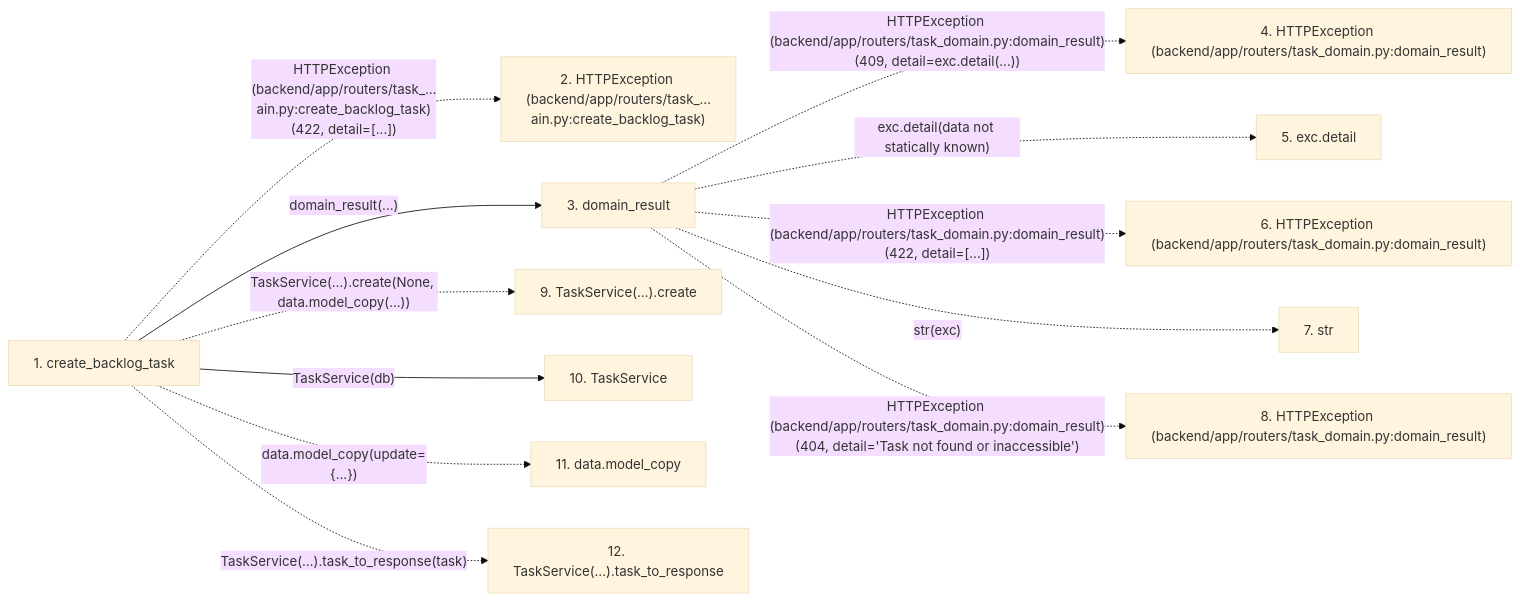
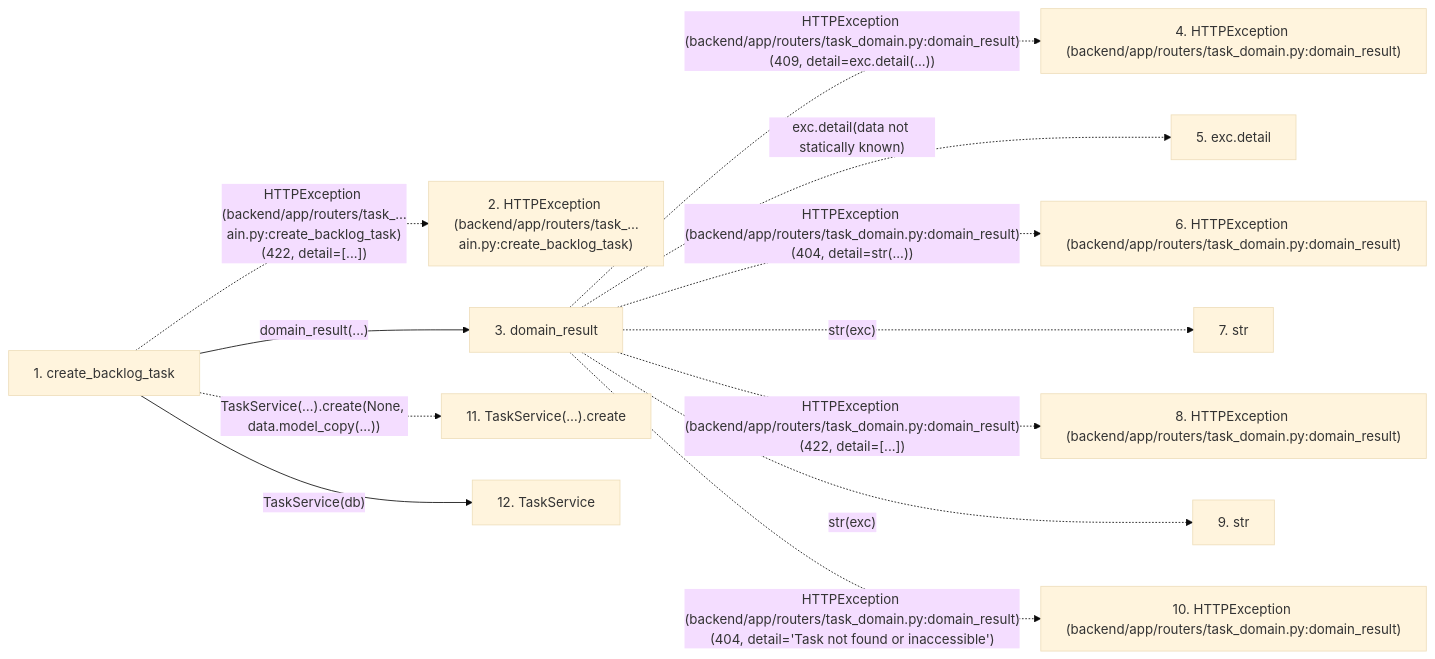
The second of 2 diagrams in docs/llm_wiki/flows/http-create_backlog_task.md (Denissvgn/WorkChord), drawn with Mermaid (base theme) before and after one commit. The commit also changed other lines of this file and 6624 other files, not shown here.

````diff
--- a/docs/llm_wiki/flows/http-create_backlog_task.md
+++ b/docs/llm_wiki/flows/http-create_backlog_task.md
@@ -39,29 +41,29 @@
 ```mermaid
 flowchart LR
     s1["1. create_backlog_task"]
     s2["2. HTTPException (backend/app/routers/task_…ain.py:create_backlog_task)"]
     s3["3. domain_result"]
     s4["4. HTTPException (backend/app/routers/task_domain.py:domain_result)"]
     s5["5. exc.detail"]
     s6["6. HTTPException (backend/app/routers/task_domain.py:domain_result)"]
     s7["7. str"]
     s8["8. HTTPException (backend/app/routers/task_domain.py:domain_result)"]
-    s9["9. TaskService(…).create"]
-    s10["10. TaskService"]
-    s11["11. data.model_copy"]
-    s12["12. TaskService(…).task_to_response"]
+    s9["9. str"]
+    s10["10. HTTPException (backend/app/routers/task_domain.py:domain_result)"]
+    s11["11. TaskService(…).create"]
+    s12["12. TaskService"]
     s1 -. "HTTPException (backend/app/routers/task_…ain.py:create_backlog_task)(422, detail=[...])" .-> s2
     s1 -->|"domain_result(...)"| s3
     s3 -. "HTTPException (backend/app/routers/task_domain.py:domain_result)(409, detail=exc.detail(...))" .-> s4
     s3 -. "exc.detail(data not statically known)" .-> s5
-    s3 -. "HTTPException (backend/app/routers/task_domain.py:domain_result)(422, detail=[...])" .-> s6
+    s3 -. "HTTPException (backend/app/routers/task_domain.py:domain_result)(404, detail=str(...))" .-> s6
     s3 -. "str(exc)" .-> s7
-    s3 -. "HTTPException (backend/app/routers/task_domain.py:domain_result)(404, detail='Task not found or inaccessible')" .-> s8
-    s1 -. "TaskService(…).create(None, data.model_copy(...))" .-> s9
-    s1 -->|"TaskService(db)"| s10
-    s1 -. "data.model_copy(update={...})" .-> s11
-    s1 -. "TaskService(…).task_to_response(task)" .-> s12
+    s3 -. "HTTPException (backend/app/routers/task_domain.py:domain_result)(422, detail=[...])" .-> s8
+    s3 -. "str(exc)" .-> s9
+    s3 -. "HTTPException (backend/app/routers/task_domain.py:domain_result)(404, detail='Task not found or inaccessible')" .-> s10
+    s1 -. "TaskService(…).create(None, data.model_copy(...))" .-> s11
+    s1 -->|"TaskService(db)"| s12
     click s1 "../modules/routers_task_domain.md"
     click s3 "../modules/routers_task_domain.md"
-    click s10 "../modules/task_service.md"
+    click s12 "../modules/task_service.md"
 ```
````
